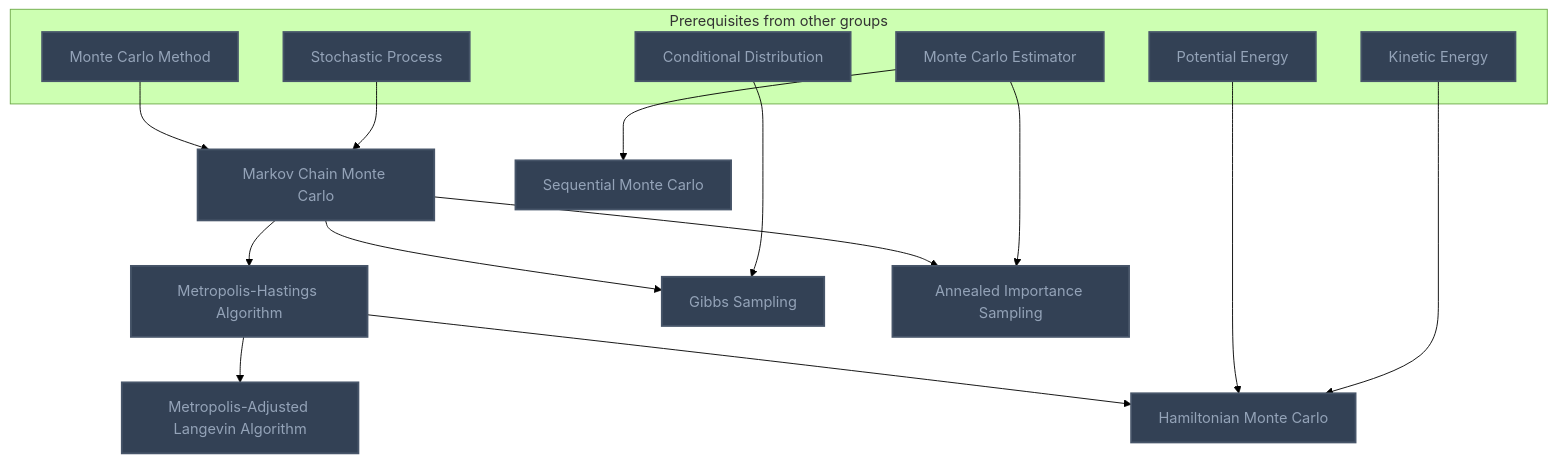
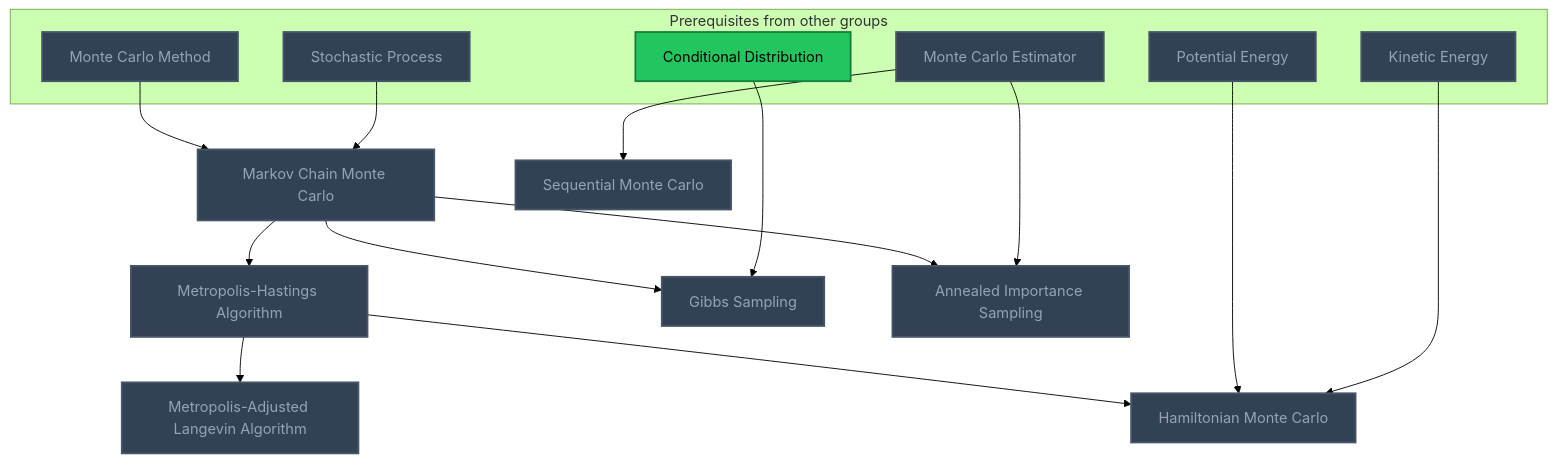
One commit to MRauf1/My-Notes changed the sixth of 9 diagrams in Gamification/Skill Trees/Monte Carlo Methods.md. Above: the diagram before and after it, drawn with Mermaid (forest theme). The commit also changed other lines of this file and 42 other files, not shown here.

````diff
--- a/Gamification/Skill Trees/Monte Carlo Methods.md
+++ b/Gamification/Skill Trees/Monte Carlo Methods.md
@@ -295,41 +298,42 @@
 ```mermaid
 flowchart TD
     classDef planned fill:#1E293B,stroke:#64748B,stroke-width:2px,stroke-dasharray:5 5,color:#94A3B8;
     classDef locked fill:#334155,stroke:#475569,stroke-width:2px,color:#94A3B8;
     classDef L0 fill:#F1F5F9,stroke:#94A3B8,stroke-width:2px,color:#000000;
     classDef L1 fill:#22C55E,stroke:#15803D,stroke-width:2px,color:#000000;
     classDef L2 fill:#3B82F6,stroke:#1D4ED8,stroke-width:3px,color:#FFFFFF;
     classDef L3 fill:#A855F7,stroke:#6B21A8,stroke-width:3px,color:#FFFFFF,font-weight:bold;
     classDef L4 fill:#F97316,stroke:#C2410C,stroke-width:4px,color:#000000,font-weight:bold;
     classDef L5 fill:#FFD700,stroke:#FF8C00,stroke-width:5px,color:#000000,font-weight:bold;
     classDef rusty stroke:#8B4513,stroke-width:4px,stroke-dasharray:3 3;
     subgraph sg_prereqs["Prerequisites from other groups"]
         n_monte_carlo_method["Monte Carlo Method"]
         n_stochastic_process["Stochastic Process"]
         n_conditional_distribution["Conditional Distribution"]
         n_potential_energy["Potential Energy"]
         n_kinetic_energy["Kinetic Energy"]
         n_monte_carlo_estimator["Monte Carlo Estimator"]
     end
     n_markov_chain_monte_carlo["Markov Chain Monte Carlo"]
     n_metropolis_hastings_algorithm["Metropolis-Hastings Algorithm"]
     n_gibbs_sampling["Gibbs Sampling"]
     n_metropolis_adjusted_langevin_algorithm["Metropolis-Adjusted Langevin Algorithm"]
     n_hamiltonian_monte_carlo["Hamiltonian Monte Carlo"]
     n_annealed_importance_sampling["Annealed Importance Sampling"]
     n_sequential_monte_carlo["Sequential Monte Carlo"]
     n_monte_carlo_method --> n_markov_chain_monte_carlo
     n_stochastic_process --> n_markov_chain_monte_carlo
     n_markov_chain_monte_carlo --> n_metropolis_hastings_algorithm
     n_markov_chain_monte_carlo --> n_gibbs_sampling
     n_conditional_distribution --> n_gibbs_sampling
     n_metropolis_hastings_algorithm --> n_metropolis_adjusted_langevin_algorithm
     n_metropolis_hastings_algorithm --> n_hamiltonian_monte_carlo
     n_potential_energy --> n_hamiltonian_monte_carlo
     n_kinetic_energy --> n_hamiltonian_monte_carlo
     n_markov_chain_monte_carlo --> n_annealed_importance_sampling
     n_monte_carlo_estimator --> n_annealed_importance_sampling
     n_monte_carlo_estimator --> n_sequential_monte_carlo
-    class n_monte_carlo_method,n_stochastic_process,n_conditional_distribution,n_potential_energy,n_kinetic_energy,n_monte_carlo_estimator,n_markov_chain_monte_carlo,n_metropolis_hastings_algorithm,n_gibbs_sampling,n_metropolis_adjusted_langevin_algorithm,n_hamiltonian_monte_carlo,n_annealed_importance_sampling,n_sequential_monte_carlo locked;
+    class n_monte_carlo_method,n_stochastic_process,n_potential_energy,n_kinetic_energy,n_monte_carlo_estimator,n_markov_chain_monte_carlo,n_metropolis_hastings_algorithm,n_gibbs_sampling,n_metropolis_adjusted_langevin_algorithm,n_hamiltonian_monte_carlo,n_annealed_importance_sampling,n_sequential_monte_carlo locked;
+    class n_conditional_distribution L1;
     class n_monte_carlo_method,n_stochastic_process,n_conditional_distribution,n_potential_energy,n_kinetic_energy,n_monte_carlo_estimator,n_markov_chain_monte_carlo,n_metropolis_hastings_algorithm,n_gibbs_sampling,n_metropolis_adjusted_langevin_algorithm,n_hamiltonian_monte_carlo,n_annealed_importance_sampling,n_sequential_monte_carlo internal-link;
 ```
````
